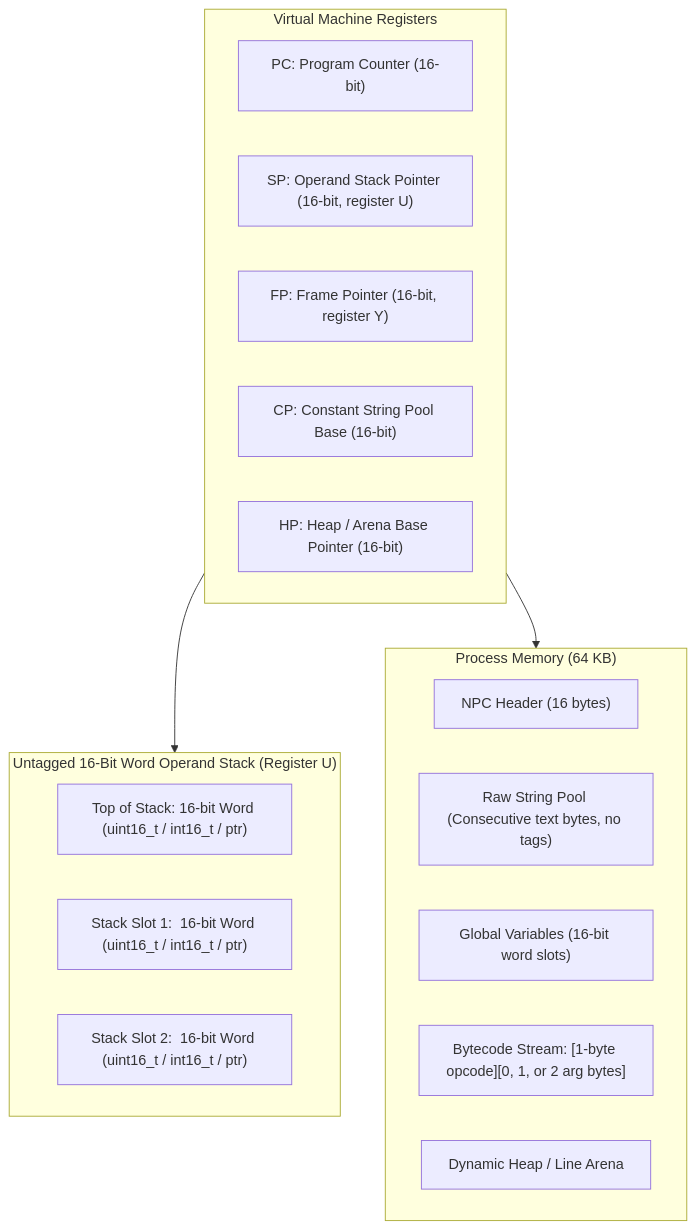
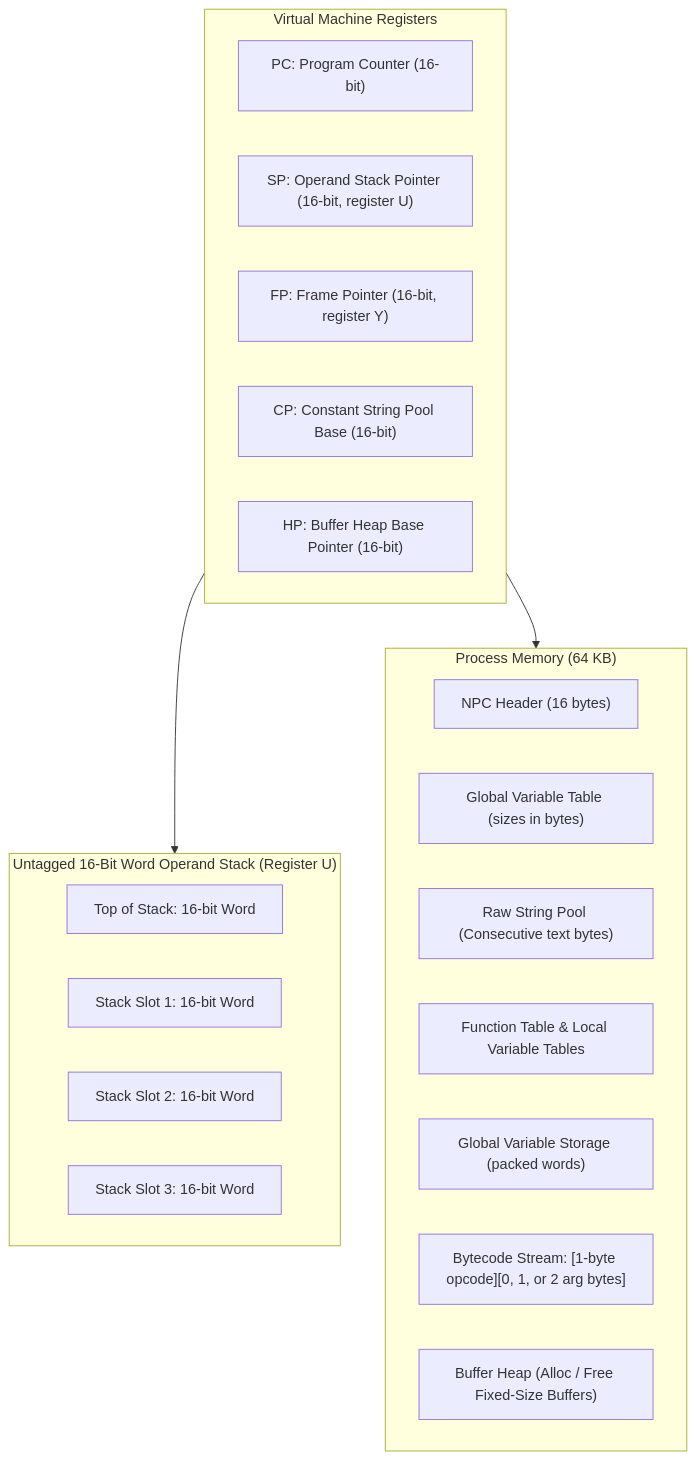
One commit to strickyak/nitros9 changed the diagram in npcode/design.md. Above: the diagram before and after it, drawn with Mermaid. The commit also changed other lines of this file, not shown here.

Commit message:
npcode: specify 3-word slices, fixed buffers, linear dicts, and variable-table-driven load/store

````diff
--- a/npcode/design.md
+++ b/npcode/design.md
@@ -101,27 +131,30 @@
 ```mermaid
 flowchart TD
     subgraph VMRegisters ["Virtual Machine Registers"]
         PC["PC: Program Counter (16-bit)"]
         SP["SP: Operand Stack Pointer (16-bit, register U)"]
         FP["FP: Frame Pointer (16-bit, register Y)"]
         CP["CP: Constant String Pool Base (16-bit)"]
-        HP["HP: Heap / Arena Base Pointer (16-bit)"]
+        HP["HP: Buffer Heap Base Pointer (16-bit)"]
     end
 
     subgraph StackLayout ["Untagged 16-Bit Word Operand Stack (Register U)"]
-        S0["Top of Stack: 16-bit Word (uint16_t / int16_t / ptr)"]
-        S1["Stack Slot 1:  16-bit Word (uint16_t / int16_t / ptr)"]
-        S2["Stack Slot 2:  16-bit Word (uint16_t / int16_t / ptr)"]
+        S0["Top of Stack: 16-bit Word"]
+        S1["Stack Slot 1:  16-bit Word"]
+        S2["Stack Slot 2:  16-bit Word"]
+        S3["Stack Slot 3:  16-bit Word"]
     end
 
     subgraph MemoryModel ["Process Memory (64 KB)"]
         Hdr["NPC Header (16 bytes)"]
-        SPool["Raw String Pool (Consecutive text bytes, no tags)"]
-        Globals["Global Variables (16-bit word slots)"]
+        GVarTab["Global Variable Table (sizes in bytes)"]
+        SPool["Raw String Pool (Consecutive text bytes)"]
+        FuncTab["Function Table & Local Variable Tables"]
+        Globals["Global Variable Storage (packed words)"]
         Code["Bytecode Stream: [1-byte opcode][0, 1, or 2 arg bytes]"]
-        Heap["Dynamic Heap / Line Arena"]
+        Heap["Buffer Heap (Alloc / Free Fixed-Size Buffers)"]
     end
 
     VMRegisters --> StackLayout
     VMRegisters --> MemoryModel
 ```
````
